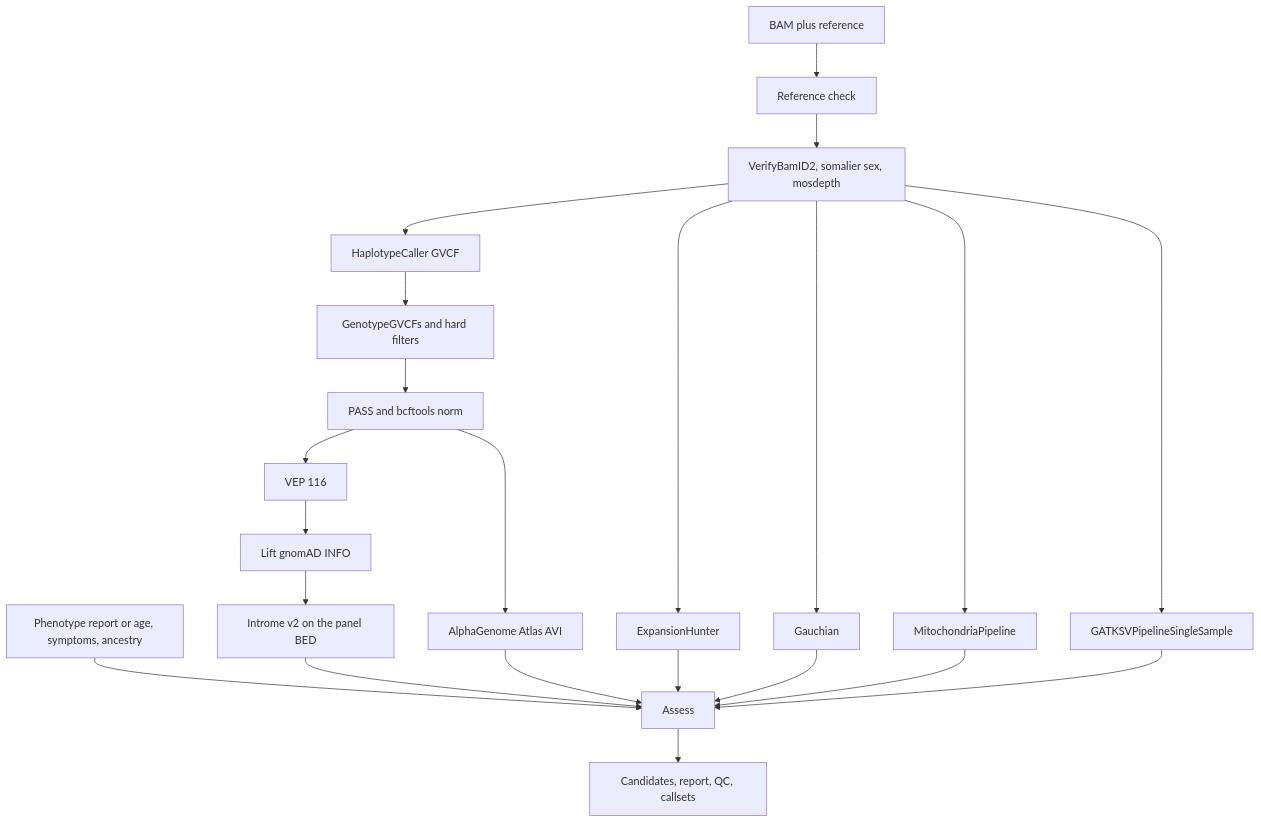
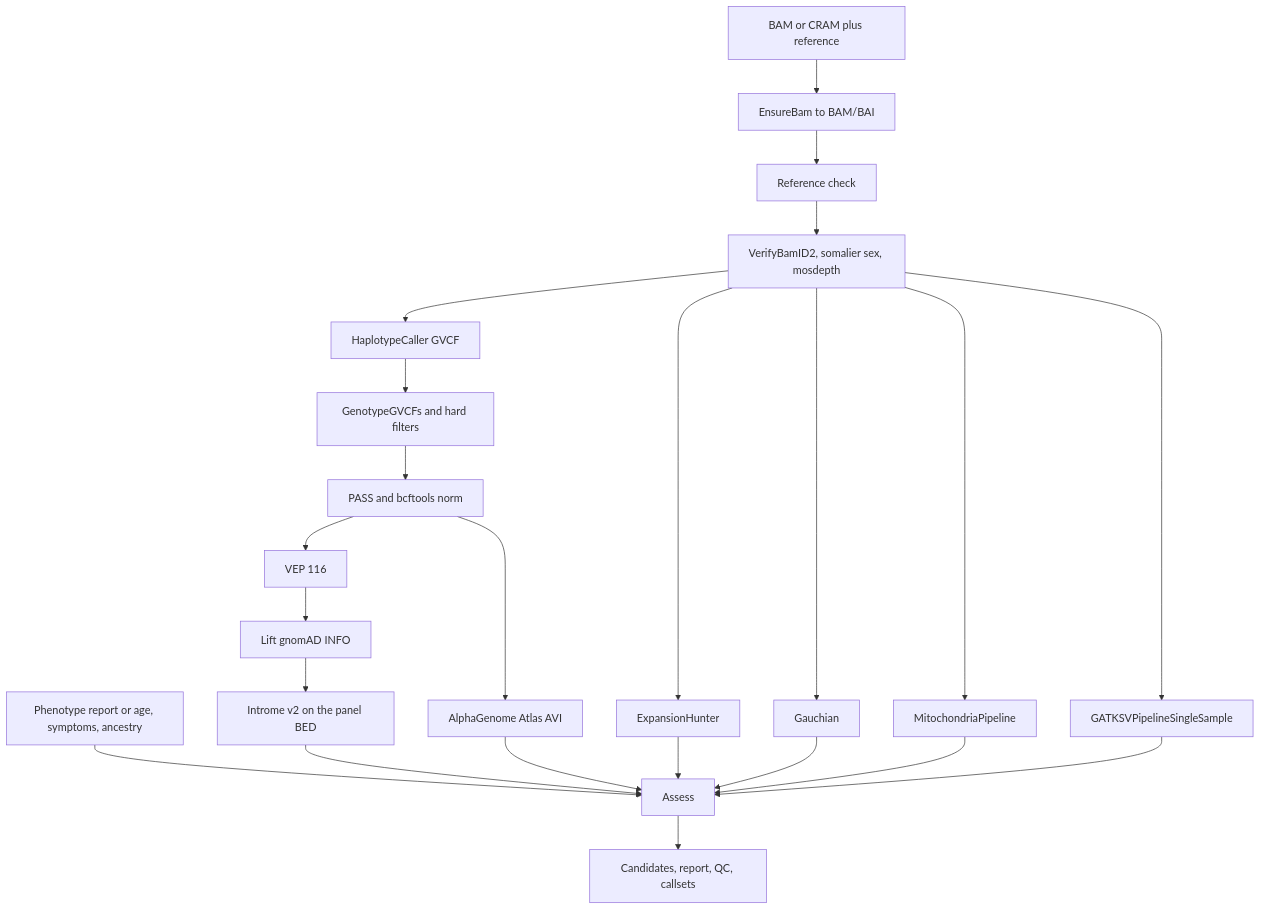
One commit to gqworks/pdsample-terra changed the diagram in README.md. Above: the diagram before and after it, drawn with Mermaid. The commit also changed other lines of this file and 6 other files, not shown here.

First line of the commit message:
Add EnsureBam to convert CRAM inputs to BAM/BAI

````diff
--- a/README.md
+++ b/README.md
@@ -5,24 +5,25 @@
 ```mermaid
 flowchart TD
-  bam[BAM plus reference] --> check[Reference check]
+  bam[BAM or CRAM plus reference] --> ensure[EnsureBam to BAM/BAI]
+  ensure --> check[Reference check]
   check --> qc[VerifyBamID2, somalier sex, mosdepth]
   qc --> hc[HaplotypeCaller GVCF]
   hc --> gt[GenotypeGVCFs and hard filters]
   gt --> norm[PASS and bcftools norm]
   norm --> vep[VEP 116]
   vep --> lift[Lift gnomAD INFO]
   lift --> introme[Introme v2 on the panel BED]
   norm --> avi[AlphaGenome Atlas AVI]
   qc --> eh[ExpansionHunter]
   qc --> gba[Gauchian]
   qc --> mito[MitochondriaPipeline]
   qc --> gatksv[GATKSVPipelineSingleSample]
   pheno[Phenotype report or age, symptoms, ancestry] --> assess[Assess]
   introme --> assess
   avi --> assess
   eh --> assess
   gba --> assess
   mito --> assess
   gatksv --> assess
   assess --> row[Candidates, report, QC, callsets]
 ```
````
